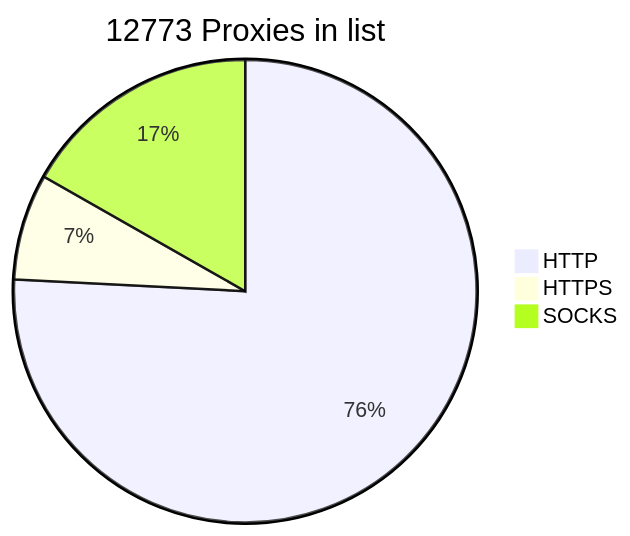
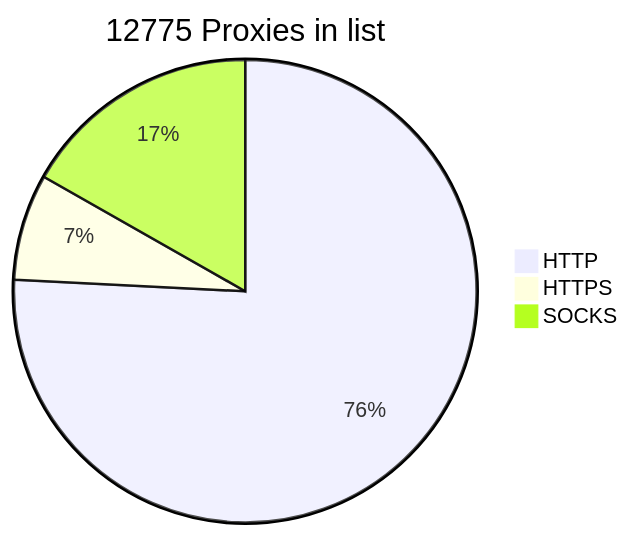
One commit to BlackSnowDot/proxylist-update-every-minute changed the diagram in README.md. Above: the diagram before and after it, drawn with Mermaid.

````diff
--- a/README.md
+++ b/README.md
@@ -2,6 +2,6 @@
 ```mermaid
-pie title 12773 Proxies in list
-    "HTTP" : 9853
-    "HTTPS": 964
-    "SOCKS" : 2179
+pie title 12775 Proxies in list
+    "HTTP" : 9851
+    "HTTPS": 965
+    "SOCKS" : 2180
 ```
````
